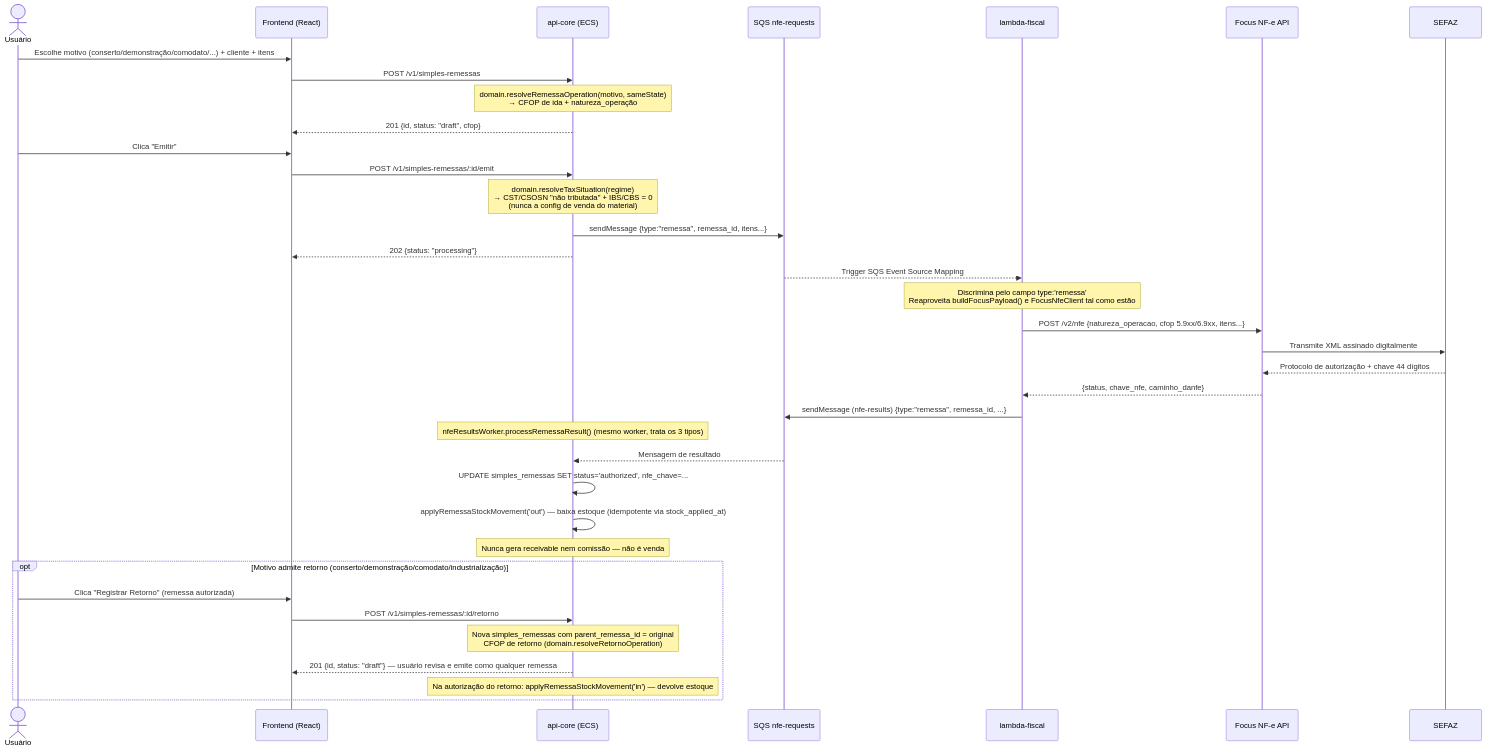
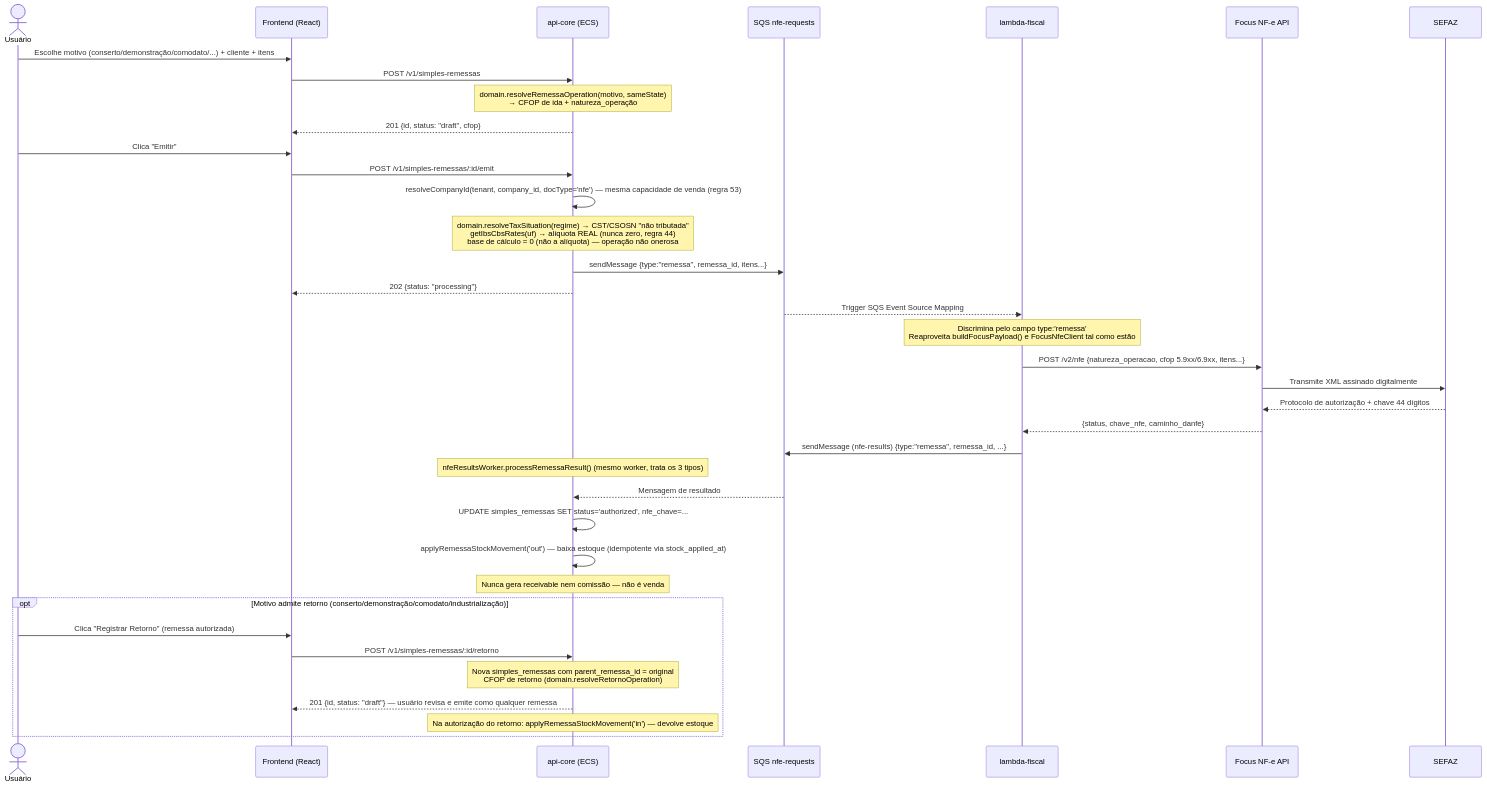
Before and after one commit to gercenioxsilva/erp-lite: the fifth of 10 diagrams in README.md, drawn with Mermaid. The commit also changed other lines of this file and 24 other files, not shown here.

````diff
--- a/README.md
+++ b/README.md
@@ -523,43 +533,44 @@
 ```mermaid
 sequenceDiagram
     actor U as Usuário
     participant F as Frontend (React)
     participant A as api-core (ECS)
     participant Q as SQS nfe-requests
     participant L as lambda-fiscal
     participant FX as Focus NF-e API
     participant SF as SEFAZ
 
     U->>F: Escolhe motivo (conserto/demonstração/comodato/...) + cliente + itens
     F->>A: POST /v1/simples-remessas
     Note over A: domain.resolveRemessaOperation(motivo, sameState)<br/>→ CFOP de ida + natureza_operação
     A-->>F: 201 {id, status: "draft", cfop}
 
     U->>F: Clica "Emitir"
     F->>A: POST /v1/simples-remessas/:id/emit
-    Note over A: domain.resolveTaxSituation(regime)<br/>→ CST/CSOSN "não tributada" + IBS/CBS = 0<br/>(nunca a config de venda do material)
+    A->>A: resolveCompanyId(tenant, company_id, docType='nfe') — mesma capacidade de venda (regra 53)
+    Note over A: domain.resolveTaxSituation(regime) → CST/CSOSN "não tributada"<br/>getIbsCbsRates(uf) → alíquota REAL (nunca zero, regra 44)<br/>base de cálculo = 0 (não a alíquota) — operação não onerosa
     A->>Q: sendMessage {type:"remessa", remessa_id, itens...}
     A-->>F: 202 {status: "processing"}
 
     Q-->>L: Trigger SQS Event Source Mapping
     Note over L: Discrimina pelo campo type:'remessa'<br/>Reaproveita buildFocusPayload() e FocusNfeClient tal como estão
     L->>FX: POST /v2/nfe {natureza_operacao, cfop 5.9xx/6.9xx, itens...}
     FX->>SF: Transmite XML assinado digitalmente
     SF-->>FX: Protocolo de autorização + chave 44 dígitos
     FX-->>L: {status, chave_nfe, caminho_danfe}
     L->>Q: sendMessage (nfe-results) {type:"remessa", remessa_id, ...}
 
     Note over A: nfeResultsWorker.processRemessaResult() (mesmo worker, trata os 3 tipos)
     Q-->>A: Mensagem de resultado
     A->>A: UPDATE simples_remessas SET status='authorized', nfe_chave=...
     A->>A: applyRemessaStockMovement('out') — baixa estoque (idempotente via stock_applied_at)
     Note over A: Nunca gera receivable nem comissão — não é venda
 
     opt Motivo admite retorno (conserto/demonstração/comodato/industrialização)
         U->>F: Clica "Registrar Retorno" (remessa autorizada)
         F->>A: POST /v1/simples-remessas/:id/retorno
         Note over A: Nova simples_remessas com parent_remessa_id = original<br/>CFOP de retorno (domain.resolveRetornoOperation)
         A-->>F: 201 {id, status: "draft"} — usuário revisa e emite como qualquer remessa
         Note over A: Na autorização do retorno: applyRemessaStockMovement('in') — devolve estoque
     end
 ```
````
